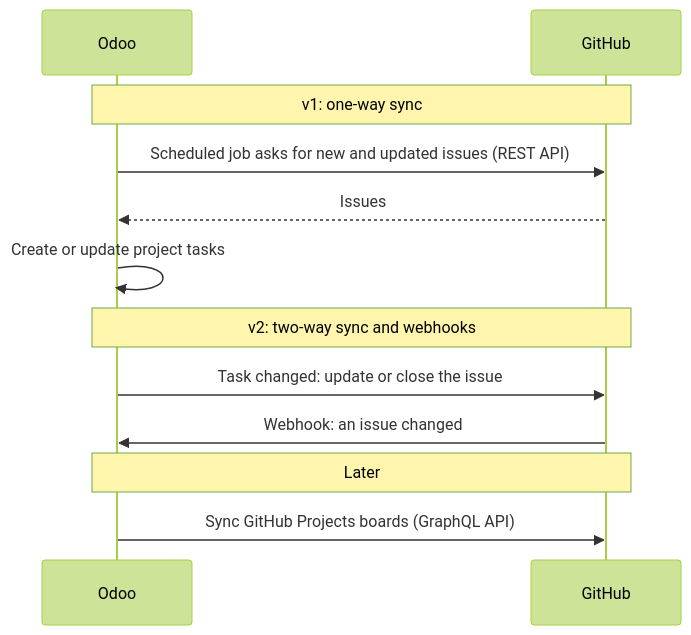
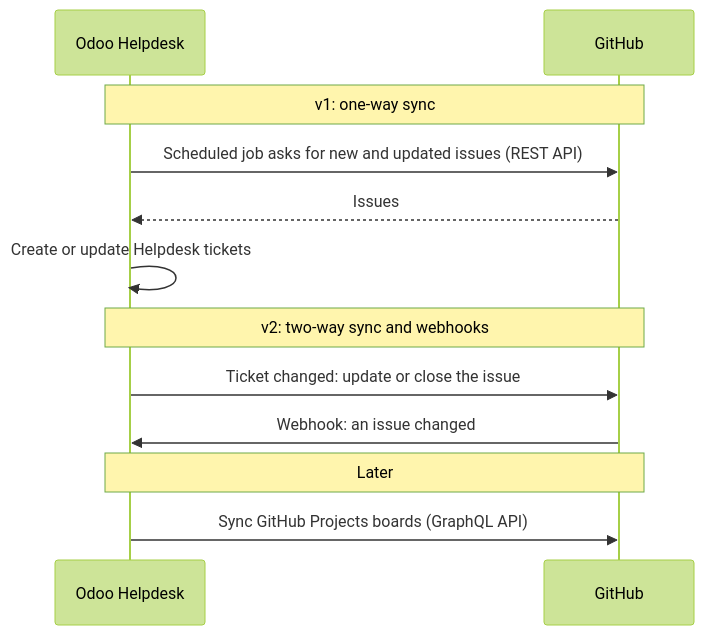
Before and after one commit to lloydvheremu/github_projects_sync: the diagram in README.md, drawn with Mermaid (forest theme). The commit also changed other lines of this file and 5 other files, not shown here.

````diff
--- a/README.md
+++ b/README.md
@@ -10,17 +11,17 @@
 ```mermaid
 sequenceDiagram
-    participant O as Odoo
+    participant O as Odoo Helpdesk
     participant G as GitHub
 
     Note over O,G: v1: one-way sync
     O->>G: Scheduled job asks for new and updated issues (REST API)
     G-->>O: Issues
-    O->>O: Create or update project tasks
+    O->>O: Create or update Helpdesk tickets
 
     Note over O,G: v2: two-way sync and webhooks
-    O->>G: Task changed: update or close the issue
+    O->>G: Ticket changed: update or close the issue
     G->>O: Webhook: an issue changed
 
     Note over O,G: Later
     O->>G: Sync GitHub Projects boards (GraphQL API)
 ```
````
